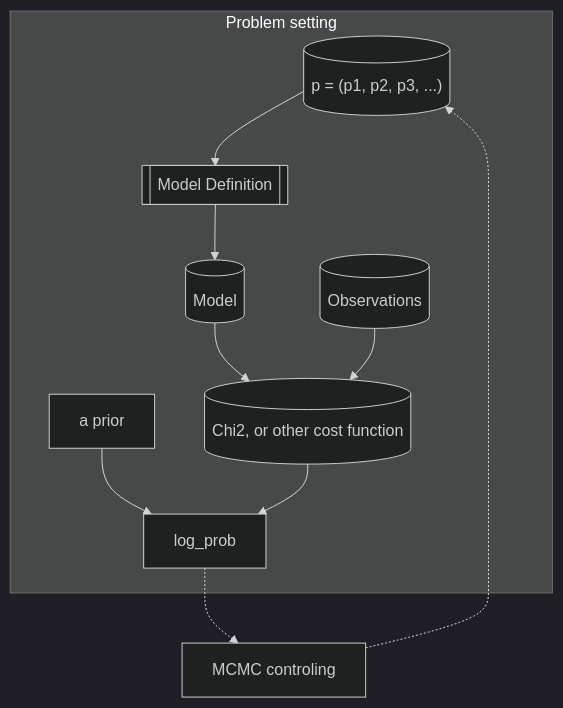
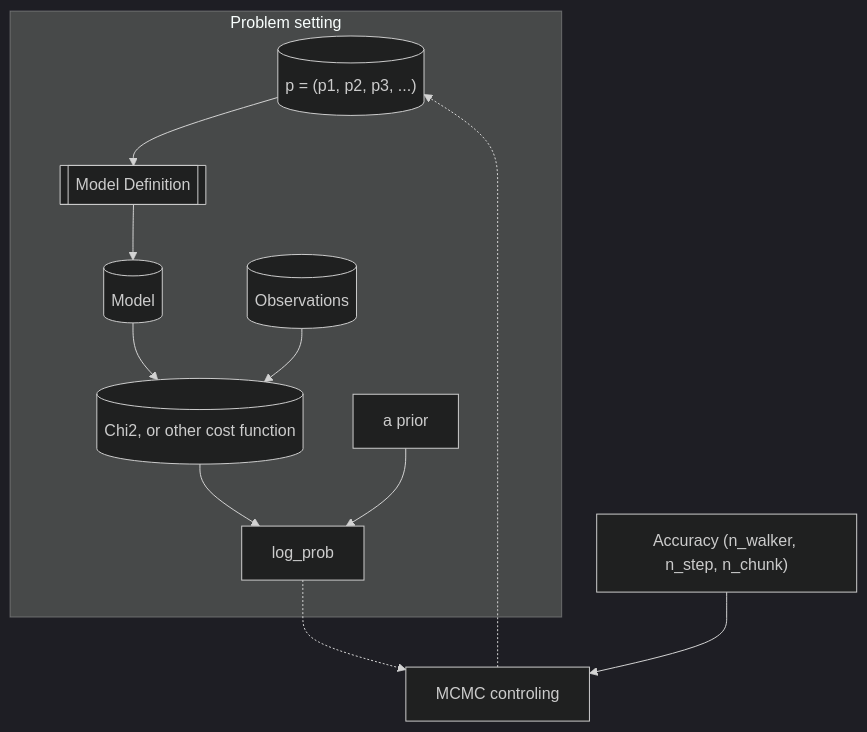
The diagram in README.md (LinusChen/MCMC-engine), drawn with Mermaid (dark theme) before and after one commit. The commit also changed other lines of this file, not shown here.

````diff
--- a/README.md
+++ b/README.md
@@ -10,19 +21,21 @@
 ```mermaid
 flowchart TD
 ParameterSet[("p = (p1, p2, p3, ...)")]
 ModelDef[[Model Definition]]
 Model[(Model)]
 Obs[(Observations)]
 Cost[(Chi2, or other cost function)]
 probability[log_prob]
 aprior[a prior]
 MCMC[MCMC controling]
+accuracy["Accuracy (n_walker, n_step, n_chunk)"]
 
 probability .-> MCMC .-> ParameterSet
+accuracy --> MCMC
 
 subgraph problem [Problem setting]
   ParameterSet --> ModelDef --> Model
   Model & Obs--> Cost
   aprior & Cost --> probability
   end
 ```
````
